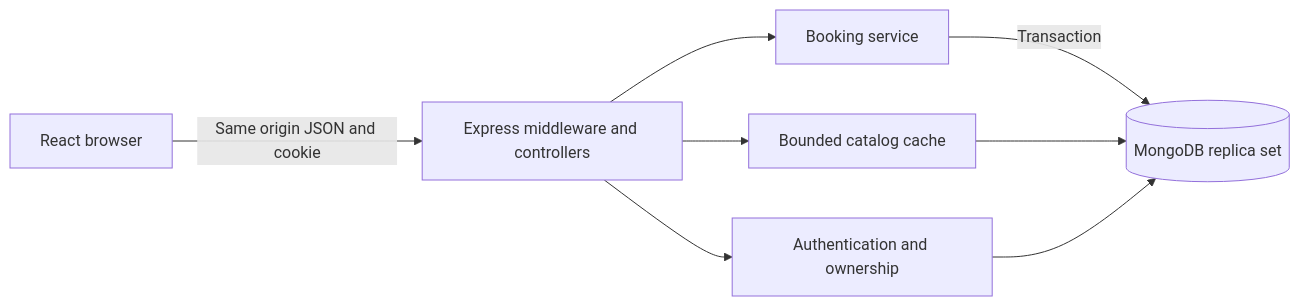
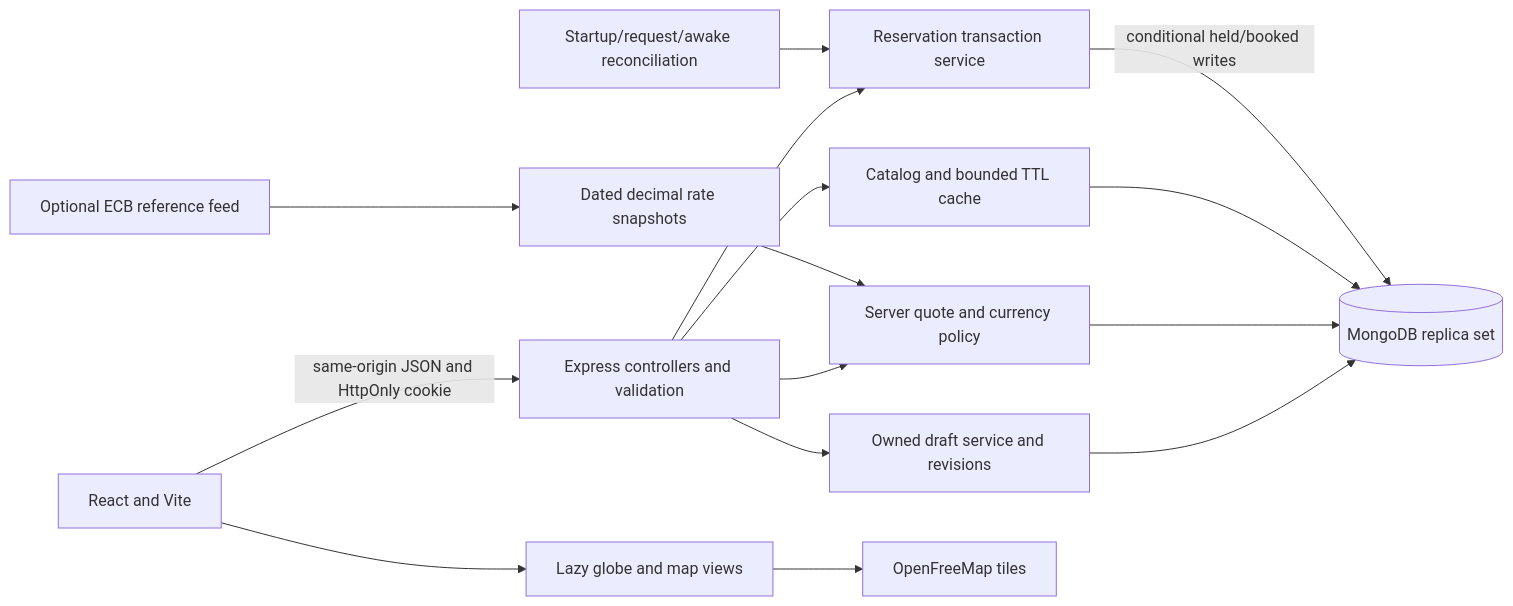
The diagram in docs/ARCHITECTURE.md (charan0820/GlobeTrek), drawn with Mermaid before and after one commit. The commit also changed other lines of this file and 384 other files, not shown here.

````diff
--- a/docs/ARCHITECTURE.md
+++ b/docs/ARCHITECTURE.md
@@ -3,10 +3,17 @@
 ```mermaid
 flowchart LR
-  Browser[React browser] -->|Same origin JSON and cookie| API[Express middleware and controllers]
-  API --> Auth[Authentication and ownership]
-  API --> Cache[Bounded catalog cache]
-  API --> Booking[Booking service]
-  Booking -->|Transaction| DB[(MongoDB replica set)]
-  Cache --> DB
-  Auth --> DB
+  Browser[React and Vite] -->|same-origin JSON and HttpOnly cookie| HTTP[Express controllers and validation]
+  HTTP --> Trips[Owned draft service and revisions]
+  HTTP --> Quote[Server quote and currency policy]
+  HTTP --> Reservation[Reservation transaction service]
+  HTTP --> Catalog[Catalog and bounded TTL cache]
+  Trips --> DB[(MongoDB replica set)]
+  Quote --> DB
+  Catalog --> DB
+  Reservation -->|conditional held/booked writes| DB
+  Recovery[Startup/request/awake reconciliation] --> Reservation
+  ECB[Optional ECB reference feed] --> Rates[Dated decimal rate snapshots]
+  Rates --> Quote
+  Browser --> Geo[Lazy globe and map views]
+  Geo --> Tiles[OpenFreeMap tiles]
 ```
````
